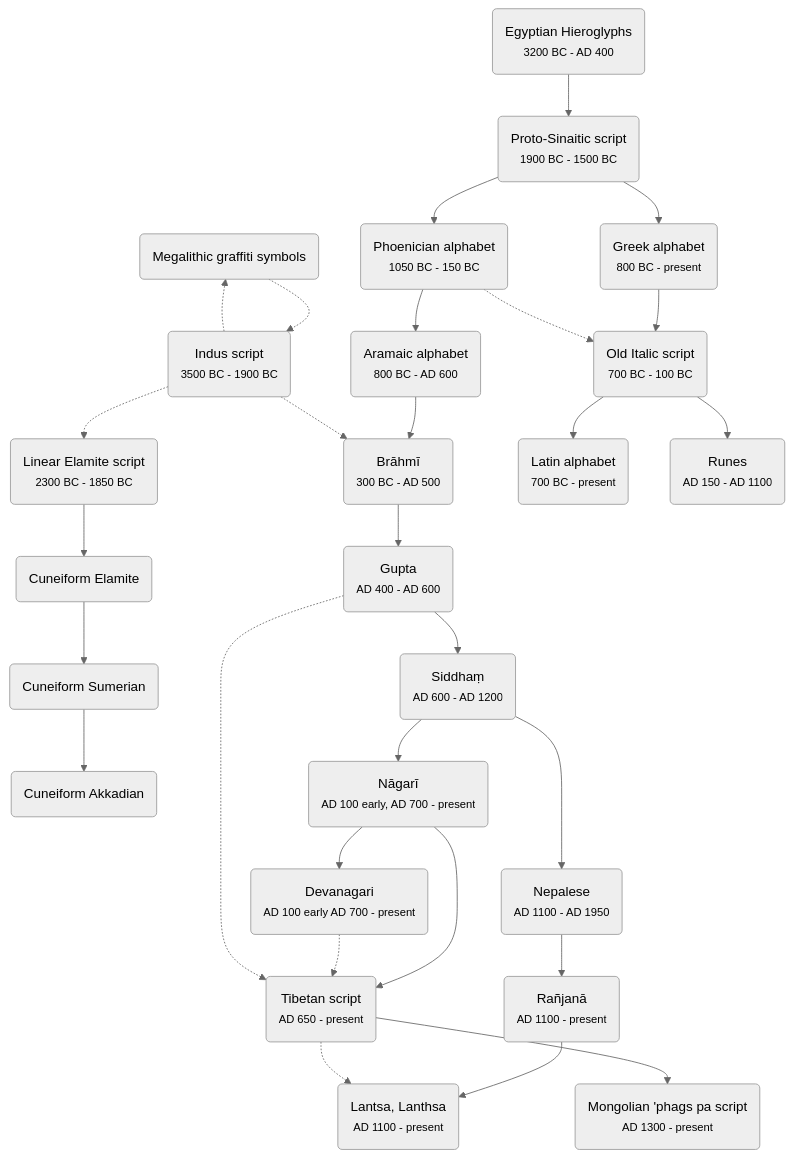
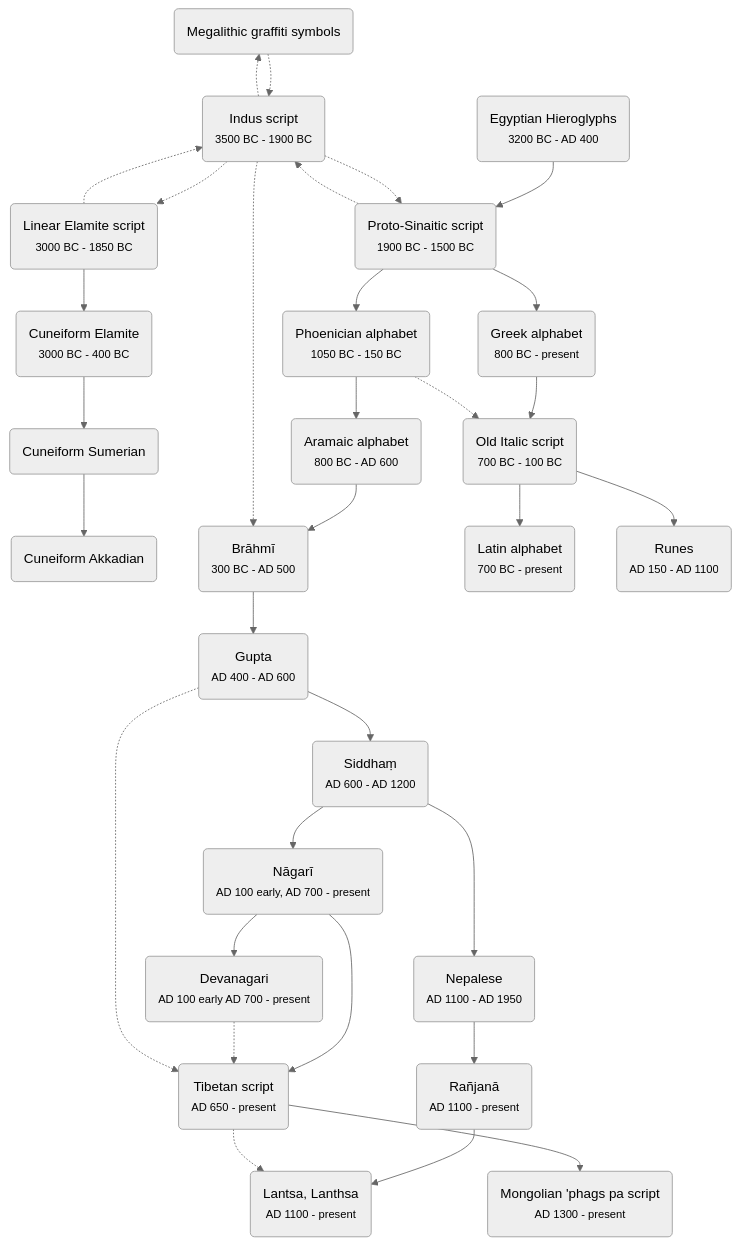
One commit to DigitalTibetan/DigitalTibetan changed the first of 4 diagrams in _sources/docs/tibetan_script_history.md. Above: the diagram before and after it, drawn with Mermaid (neutral theme). The commit also changed other lines of this file and 3 other files, not shown here.

````diff
--- a/_sources/docs/tibetan_script_history.md
+++ b/_sources/docs/tibetan_script_history.md
@@ -63,32 +97,35 @@
 ```{mermaid}
 graph TD;  
 BA(Megalithic graffiti symbols)-.->BB(Indus script<br><small>3500 BC - 1900 BC<small/>);
 
-CA(Linear Elamite script<br><small>2300 BC - 1850 BC</small>)-->CB(Cuneiform Elamite);
+CA(Linear Elamite script<br><small>3000 BC - 1850 BC</small>)-->CB(Cuneiform Elamite<br><small>3000 BC - 400 BC</small>);
 CB-->CD(Cuneiform Sumerian);
 CD-->CE(Cuneiform Akkadian);
 L0A(Egyptian Hieroglyphs<br><small>3200 BC - AD 400</small>)-->LA(Proto-Sinaitic script<br><small>1900 BC - 1500 BC</small>);
 LA-->LB(Phoenician alphabet<br><small>1050 BC - 150 BC</small>);
 LB-->LC(Aramaic alphabet<br><small>800 BC - AD 600</small>);
 LC-->LD(Brāhmī<br><small>300 BC - AD 500</small>);
 LD-->LE(Gupta<br><small>AD 400 - AD 600</small>);
 LE-->LF(Siddhaṃ<br><small>AD 600 - AD 1200</small>);
 LF-->LF2(Nepalese<br><small>AD 1100 - AD 1950</small>);
 LF2-->LF3(Rañjanā<br><small>AD 1100 - present</small>);
 LF3-->LF4(Lantsa, Lanthsa<br><small>AD 1100 - present</small>)
 LF-->LG(Nāgarī<br><small>AD 100 early, AD 700 - present</small>);
 LG-->LH(Devanagari<br><small>AD 100 early AD 700 - present</small>);
 LG-->LI;
 LH-.->LI(Tibetan script<br><small>AD 650 - present</small>);
-LI-->LI2(Mongolian 'phags pa script<br><small>AD 1300 - present</small>)
 LA-->LK(Greek alphabet<br><small>800 BC - present</small>);
 LK-->LL(Old Italic script<br><small>700 BC - 100 BC</small>);
 LL-->LM(Latin alphabet<br><small>700 BC - present</small>);
 LL-->LN(Runes<br><small>AD 150 - AD 1100</small>);
+LI-->LI2(Mongolian 'phags pa script<br><small>AD 1300 - present</small>)
 BB-.->LD;
 BB-.->BA;
 BB-.->CA;
+CA-.->BB;
 LB-.->LL;
 LE-.->LI;
+BB-.->LA;
+LA-.->BB;
 LI-.->LF4;
 ```
````
